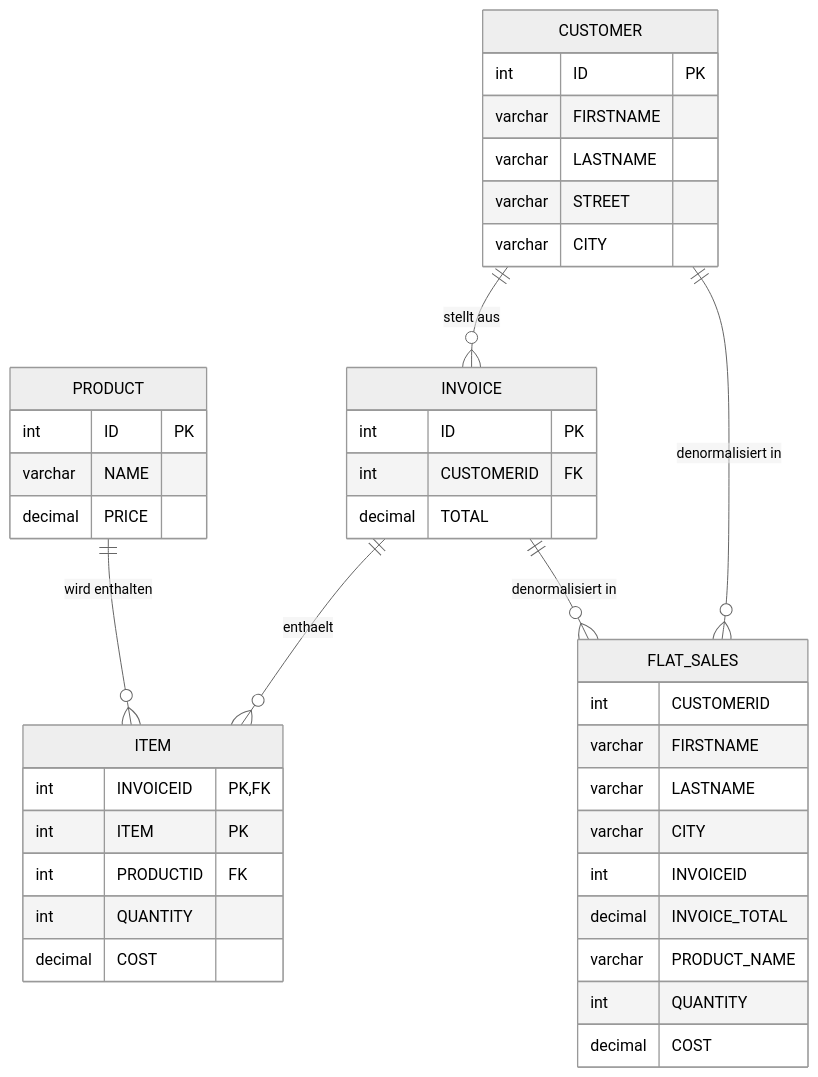
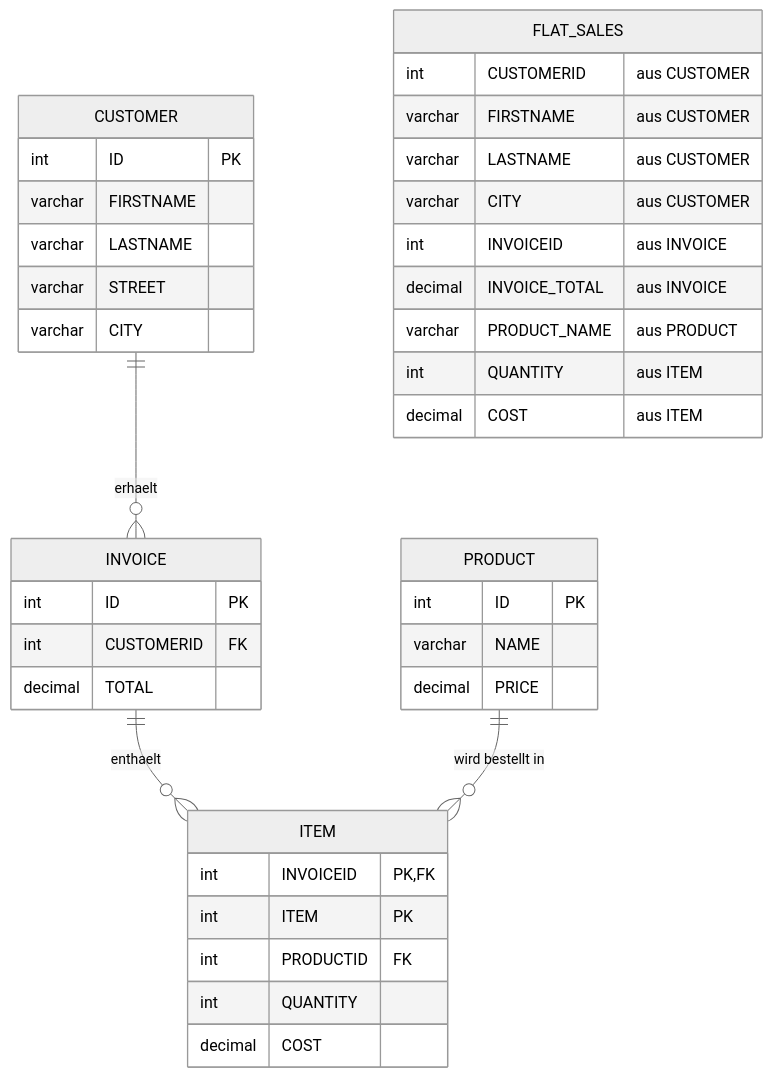
The diagram in docs/er_diagram/er_diagram.mmd (IlyaBashlyaev/DatabaseBenchmark), drawn with Mermaid (neutral theme) before and after one commit. The commit also changed 16 other files, not shown here.

```diff
--- a/docs/er_diagram/er_diagram.mmd
+++ b/docs/er_diagram/er_diagram.mmd
@@ -1,46 +1,44 @@
 erDiagram
     CUSTOMER {
         int ID PK
         varchar FIRSTNAME
         varchar LASTNAME
         varchar STREET
         varchar CITY
     }
 
     INVOICE {
         int ID PK
         int CUSTOMERID FK
         decimal TOTAL
     }
 
     ITEM {
         int INVOICEID PK,FK
         int ITEM PK
         int PRODUCTID FK
         int QUANTITY
         decimal COST
     }
 
     PRODUCT {
         int ID PK
         varchar NAME
         decimal PRICE
     }
 
     FLAT_SALES {
-        int CUSTOMERID
-        varchar FIRSTNAME
-        varchar LASTNAME
-        varchar CITY
-        int INVOICEID
-        decimal INVOICE_TOTAL
-        varchar PRODUCT_NAME
-        int QUANTITY
-        decimal COST
+        int CUSTOMERID "aus CUSTOMER"
+        varchar FIRSTNAME "aus CUSTOMER"
+        varchar LASTNAME "aus CUSTOMER"
+        varchar CITY "aus CUSTOMER"
+        int INVOICEID "aus INVOICE"
+        decimal INVOICE_TOTAL "aus INVOICE"
+        varchar PRODUCT_NAME "aus PRODUCT"
+        int QUANTITY "aus ITEM"
+        decimal COST "aus ITEM"
     }
 
-    CUSTOMER ||--o{ INVOICE : "stellt aus"
-    INVOICE ||--o{ ITEM : enthaelt
-    PRODUCT ||--o{ ITEM : "wird enthalten"
-    CUSTOMER ||--o{ FLAT_SALES : "denormalisiert in"
-    INVOICE ||--o{ FLAT_SALES : "denormalisiert in"
+    CUSTOMER ||--o{ INVOICE : "erhaelt"
+    INVOICE ||--o{ ITEM : "enthaelt"
+    PRODUCT ||--o{ ITEM : "wird bestellt in"
```
